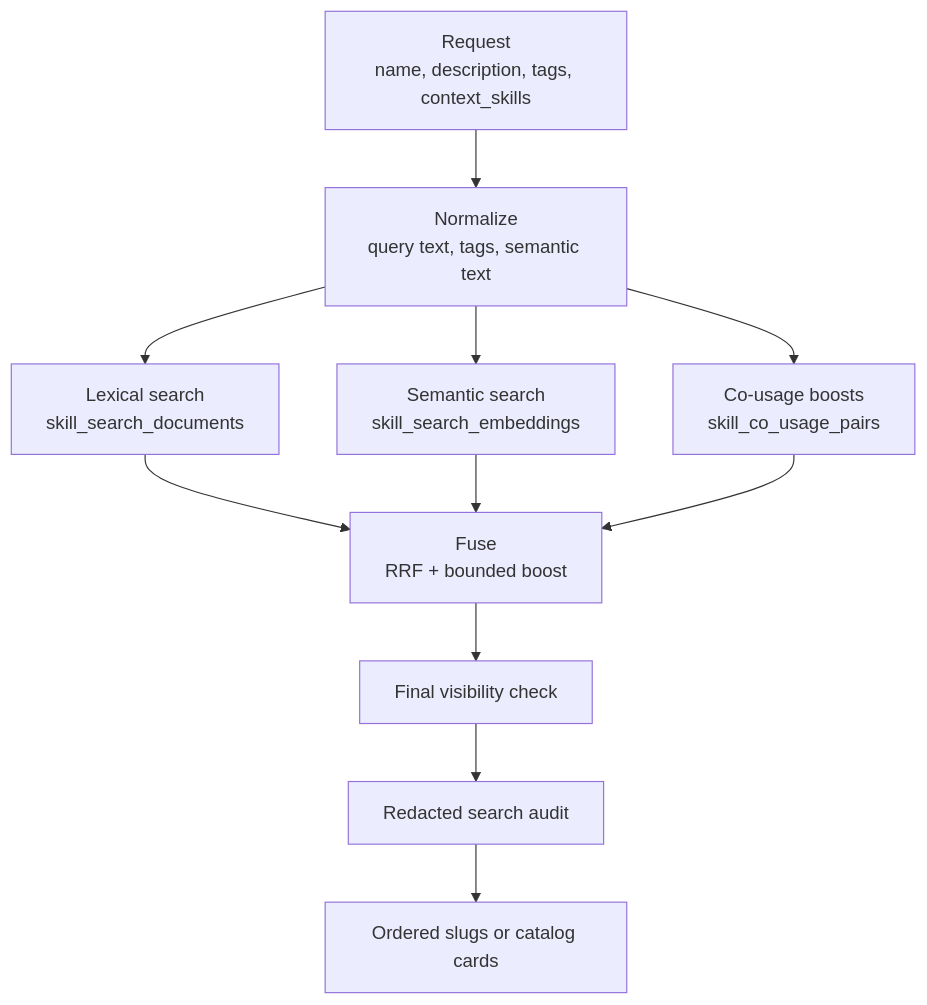
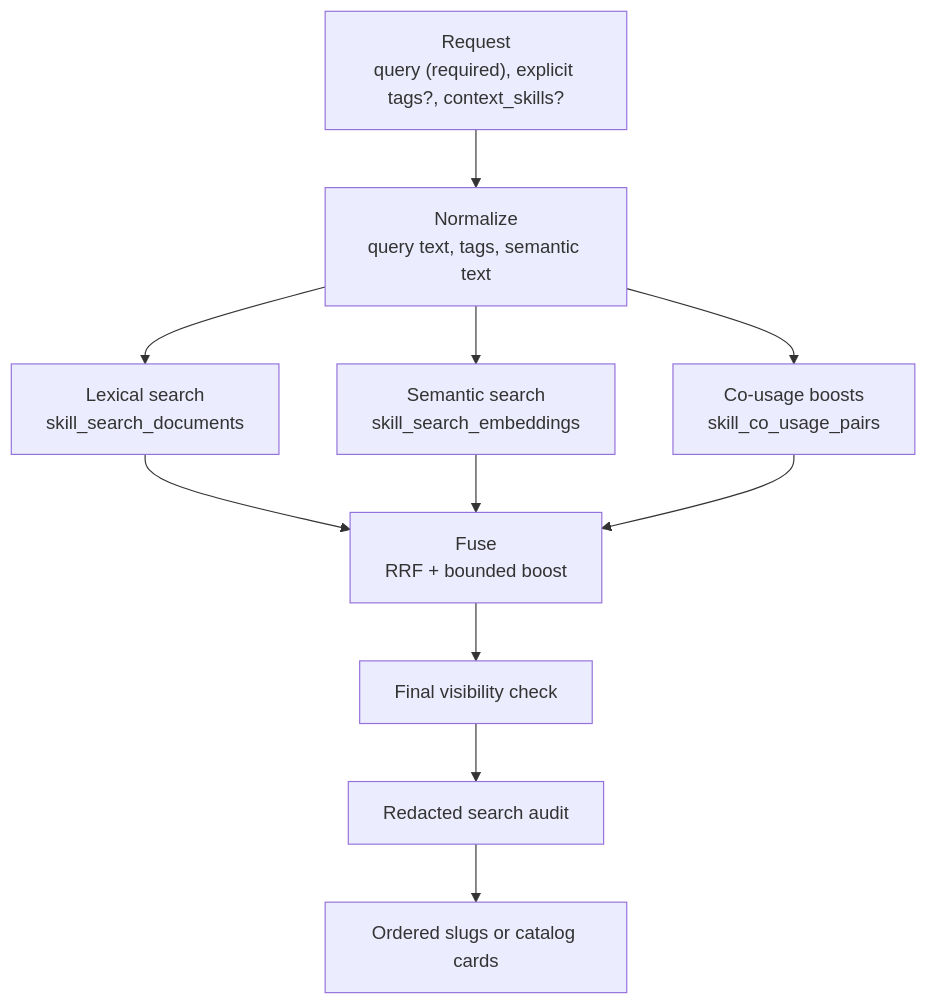
One commit to aptitude-stack/docs changed the diagram in registry/discovery-mechanism.md. Above: the diagram before and after it, drawn with Mermaid. The commit also changed other lines of this file and 2 other files, not shown here.

````diff
--- a/registry/discovery-mechanism.md
+++ b/registry/discovery-mechanism.md
@@ -11,23 +11,23 @@
 ```mermaid
 flowchart TD
-    Req["Request\nname, description, tags, context_skills"]
+    Req["Request\nquery (required), explicit tags?, context_skills?"]
     Norm["Normalize\nquery text, tags, semantic text"]
     Lex["Lexical search\nskill_search_documents"]
     Sem["Semantic search\nskill_search_embeddings"]
     Co["Co-usage boosts\nskill_co_usage_pairs"]
     Fuse["Fuse\nRRF + bounded boost"]
     Gov["Final visibility check"]
     Audit["Redacted search audit"]
     Resp["Ordered slugs or catalog cards"]
 
     Req --> Norm
     Norm --> Lex
     Norm --> Sem
     Norm --> Co
     Lex --> Fuse
     Sem --> Fuse
     Co --> Fuse
     Fuse --> Gov
     Gov --> Audit
     Audit --> Resp
 ```
````
